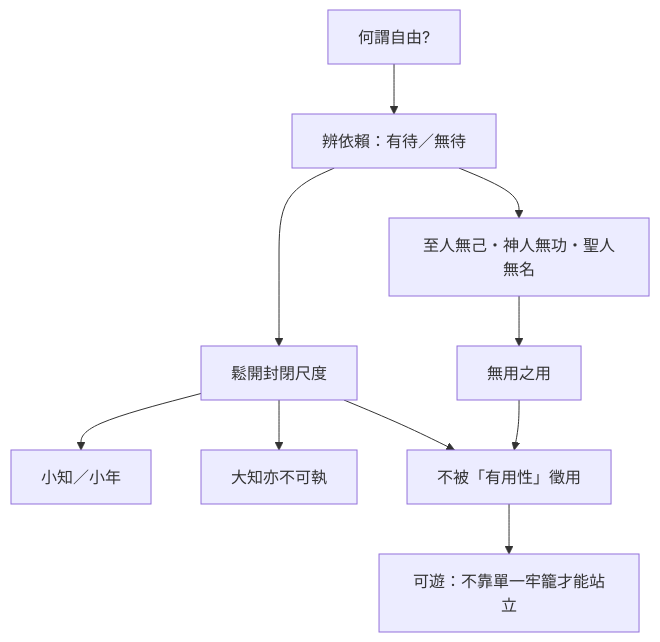
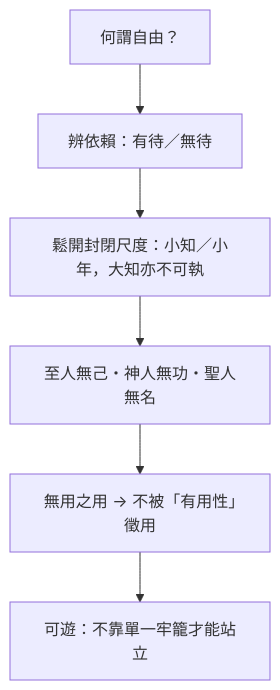
The diagram in content/chapters/01-內篇/01-逍遙遊.md (show0621/zhuangzi-atlas), drawn with Mermaid before and after one commit. The commit also changed other lines of this file and 35 other files, not shown here.

First line of the commit message:
fix(print): 全書心智圖改單欄並獨頁放大

````diff
--- a/content/chapters/01-內篇/01-逍遙遊.md
+++ b/content/chapters/01-內篇/01-逍遙遊.md
@@ -312,12 +312,9 @@
 ```mermaid
 flowchart TB
-  F[何謂自由?] --> D[辨依賴：有待／無待]
-  D --> S[鬆開封閉尺度]
-  S --> S1[小知／小年]
-  S --> S2[大知亦不可執]
-  D --> P[至人無己・神人無功・聖人無名]
-  P --> U[無用之用]
-  U --> X[不被「有用性」徵用]
-  S --> X
-  X --> Y[可遊：不靠單一牢籠才能站立]
+  F["何謂自由？"]
+  F --> D["辨依賴：有待／無待"]
+  D --> S["鬆開封閉尺度：小知／小年，大知亦不可執"]
+  S --> P["至人無己・神人無功・聖人無名"]
+  P --> U["無用之用 → 不被「有用性」徵用"]
+  U --> Y["可遊：不靠單一牢籠才能站立"]
 ```
````
